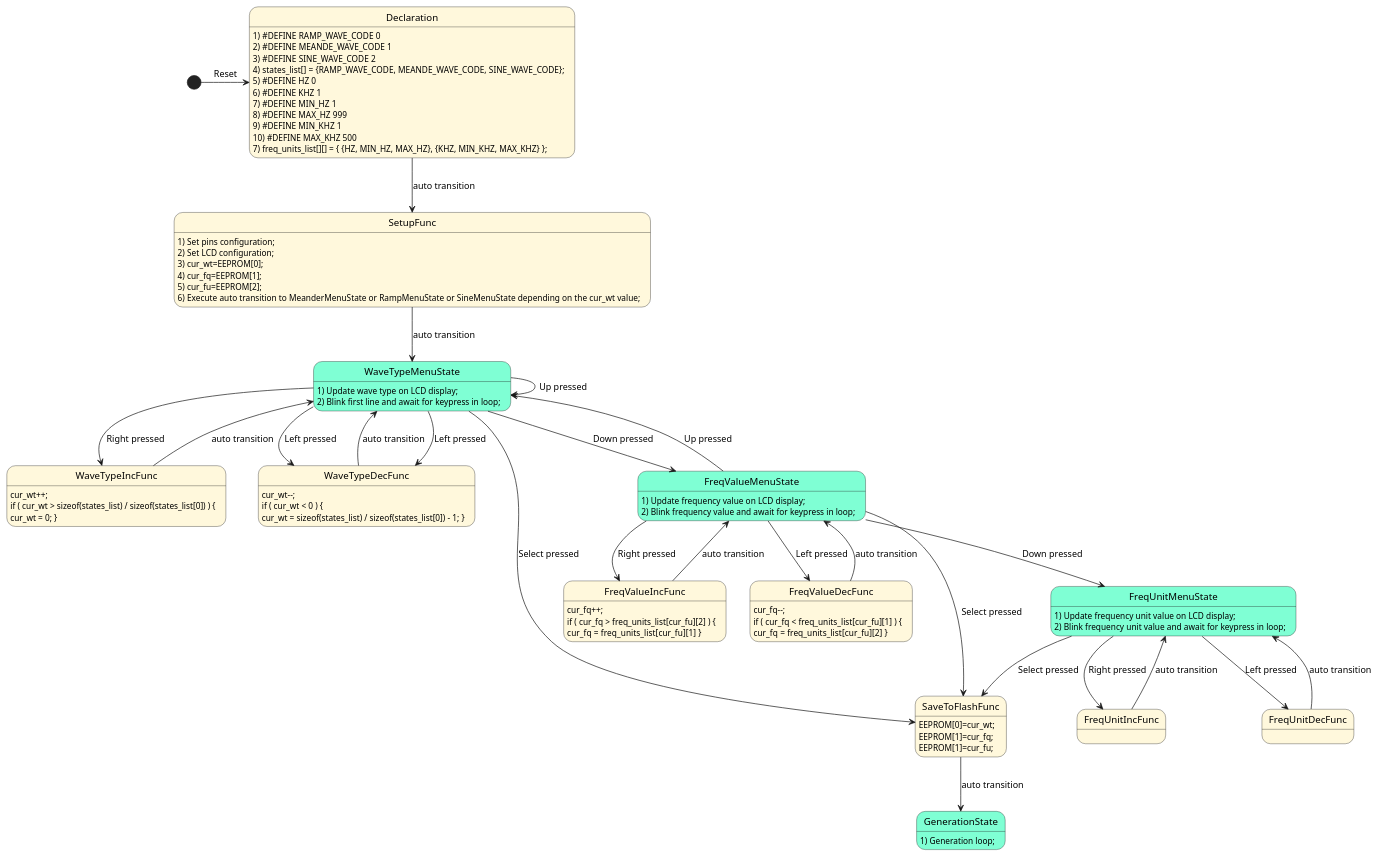
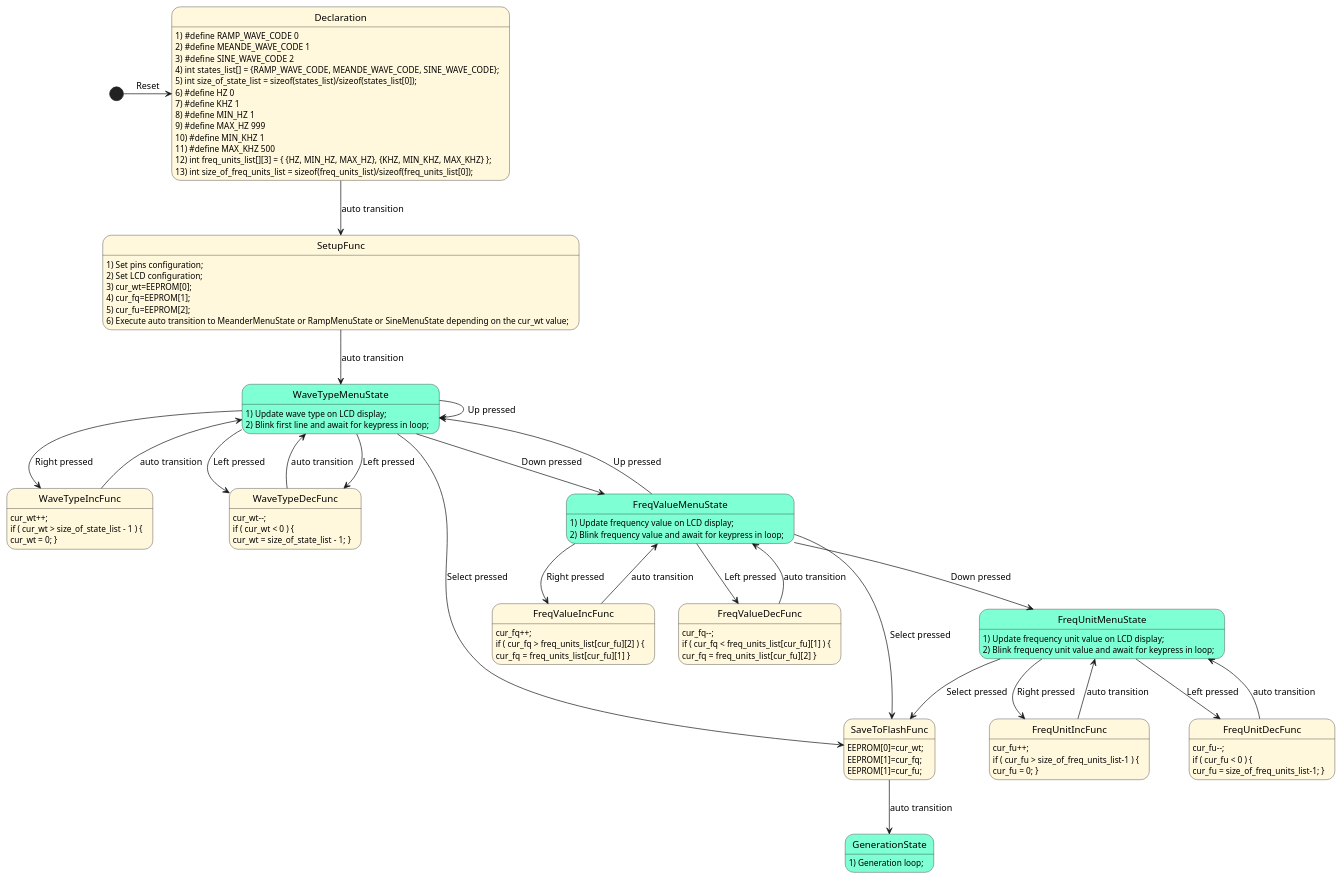
The diagram in ProjectFSM.puml (borshec/SignalGenerator), drawn with PlantUML before and after one commit. The commit also changed 1 other file, not shown here.

```diff
--- a/ProjectFSM.puml
+++ b/ProjectFSM.puml
@@ -1,110 +1,118 @@
 @startuml
 
 ' Установка цветов для состояний. <<Warning>> - псевдосостояние с желтым фоном, 
 skinparam state {
   BackgroundColor  Aquamarine
   BackgroundColor<<Warning>> Cornsilk
 }
 
 ' Объявление псевдосостояний
 state Declaration <<Warning>>
 state SetupFunc <<Warning>>
 state WaveTypeIncFunc <<Warning>>
 state WaveTypeDecFunc <<Warning>>
 state FreqValueIncFunc <<Warning>>
 state FreqValueDecFunc <<Warning>>
 state FreqUnitIncFunc <<Warning>>
 state FreqUnitDecFunc <<Warning>>
 state SaveToFlashFunc <<Warning>>
 
 [*] -right-> Declaration: Reset
 
 ' Описание и переходы от Declaration
-Declaration : 1) #DEFINE RAMP_WAVE_CODE 0
-Declaration : 2) #DEFINE MEANDE_WAVE_CODE 1
-Declaration : 3) #DEFINE SINE_WAVE_CODE 2
-Declaration : 4) states_list[] = {RAMP_WAVE_CODE, MEANDE_WAVE_CODE, SINE_WAVE_CODE}; 
-Declaration : 5) #DEFINE HZ 0
-Declaration : 6) #DEFINE KHZ 1
-Declaration : 7) #DEFINE MIN_HZ 1
-Declaration : 8) #DEFINE MAX_HZ 999
-Declaration : 9) #DEFINE MIN_KHZ 1
-Declaration : 10) #DEFINE MAX_KHZ 500
-Declaration : 7) freq_units_list[][] = { {HZ, MIN_HZ, MAX_HZ}, {KHZ, MIN_KHZ, MAX_KHZ} }; 
+Declaration : 1) #define RAMP_WAVE_CODE 0
+Declaration : 2) #define MEANDE_WAVE_CODE 1
+Declaration : 3) #define SINE_WAVE_CODE 2
+Declaration : 4) int states_list[] = {RAMP_WAVE_CODE, MEANDE_WAVE_CODE, SINE_WAVE_CODE};
+Declaration : 5) int size_of_state_list = sizeof(states_list)/sizeof(states_list[0]);
+Declaration : 6) #define HZ 0
+Declaration : 7) #define KHZ 1
+Declaration : 8) #define MIN_HZ 1
+Declaration : 9) #define MAX_HZ 999
+Declaration : 10) #define MIN_KHZ 1
+Declaration : 11) #define MAX_KHZ 500
+Declaration : 12) int freq_units_list[][3] = { {HZ, MIN_HZ, MAX_HZ}, {KHZ, MIN_KHZ, MAX_KHZ} };
+Declaration : 13) int size_of_freq_units_list = sizeof(freq_units_list)/sizeof(freq_units_list[0]);
 Declaration --> SetupFunc: auto transition
 
 ' Описание и переходы от SetupFunc
 SetupFunc : 1) Set pins configuration;
 SetupFunc : 2) Set LCD configuration;
 SetupFunc : 3) cur_wt=EEPROM[0];
 SetupFunc : 4) cur_fq=EEPROM[1];
 SetupFunc : 5) cur_fu=EEPROM[2];
 SetupFunc : 6) Execute auto transition to MeanderMenuState or RampMenuState or SineMenuState depending on the cur_wt value;
 SetupFunc --> WaveTypeMenuState: auto transition
 
 ' Описание WaveTypeMenuState и переходы от него
 WaveTypeMenuState : 1) Update wave type on LCD display;
 WaveTypeMenuState : 2) Blink first line and await for keypress in loop;
 WaveTypeMenuState --> WaveTypeIncFunc: Right pressed
 WaveTypeMenuState --> WaveTypeDecFunc: Left pressed
 WaveTypeMenuState --> WaveTypeMenuState: Up pressed
 WaveTypeMenuState --> WaveTypeDecFunc: Left pressed
 WaveTypeMenuState --> FreqValueMenuState: Down pressed
 WaveTypeMenuState --> SaveToFlashFunc: Select pressed
 
 ' Описание WaveTypeIncFunc и переходы от него
 WaveTypeIncFunc : cur_wt++;
-WaveTypeIncFunc : if ( cur_wt > sizeof(states_list) / sizeof(states_list[0]) ) {
+WaveTypeIncFunc : if ( cur_wt > size_of_state_list - 1 ) {
 WaveTypeIncFunc : cur_wt = 0; }
 WaveTypeIncFunc --> WaveTypeMenuState: auto transition
 
 ' Описание WaveTypeDecFunc и переходы от него
 WaveTypeDecFunc : cur_wt--;
 WaveTypeDecFunc : if ( cur_wt < 0 ) {
-WaveTypeDecFunc : cur_wt = sizeof(states_list) / sizeof(states_list[0]) - 1; }
+WaveTypeDecFunc : cur_wt = size_of_state_list - 1; }
 WaveTypeDecFunc --> WaveTypeMenuState: auto transition
 
 ' Описание FreqValueMenuState и переходы от него
 FreqValueMenuState : 1) Update frequency value on LCD display;
 FreqValueMenuState : 2) Blink frequency value and await for keypress in loop;
 FreqValueMenuState --> WaveTypeMenuState: Up pressed
 FreqValueMenuState --> FreqUnitMenuState: Down pressed
 FreqValueMenuState --> FreqValueIncFunc: Right pressed
 FreqValueMenuState --> FreqValueDecFunc: Left pressed
 FreqValueMenuState --> SaveToFlashFunc: Select pressed
 
 ' Описание FreqValueIncFunc и переходы от него
 FreqValueIncFunc : cur_fq++;
 FreqValueIncFunc : if ( cur_fq > freq_units_list[cur_fu][2] ) {
 FreqValueIncFunc : cur_fq = freq_units_list[cur_fu][1]  }
 FreqValueIncFunc --> FreqValueMenuState: auto transition
 
 ' Описание FreqValueDecFunc и переходы от него
 FreqValueDecFunc : cur_fq--;
 FreqValueDecFunc : if ( cur_fq < freq_units_list[cur_fu][1] ) {
 FreqValueDecFunc : cur_fq = freq_units_list[cur_fu][2]  }
 FreqValueDecFunc --> FreqValueMenuState: auto transition
 
 ' Описание FreqUnitMenuState и переходы от него
 FreqUnitMenuState : 1) Update frequency unit value on LCD display;
 FreqUnitMenuState : 2) Blink frequency unit value and await for keypress in loop;
 FreqUnitMenuState --> SaveToFlashFunc: Select pressed
 FreqUnitMenuState --> FreqUnitIncFunc: Right pressed
 FreqUnitMenuState --> FreqUnitDecFunc: Left pressed
 
 ' Описание FreqUnitIncFunc и переходы от него
+FreqUnitIncFunc : cur_fu++;
+FreqUnitIncFunc : if ( cur_fu > size_of_freq_units_list-1 ) {
+FreqUnitIncFunc : cur_fu = 0; }
 FreqUnitIncFunc --> FreqUnitMenuState: auto transition
 
 ' Описание FreqUnitDecFunc и переходы от него
+FreqUnitDecFunc : cur_fu--;
+FreqUnitDecFunc : if ( cur_fu < 0 ) {
+FreqUnitDecFunc : cur_fu = size_of_freq_units_list-1; }
 FreqUnitDecFunc --> FreqUnitMenuState: auto transition
 
 ' Описание SaveToFlashFunc и переходы от него
 SaveToFlashFunc : EEPROM[0]=cur_wt;
 SaveToFlashFunc : EEPROM[1]=cur_fq;
 SaveToFlashFunc : EEPROM[1]=cur_fu;
 SaveToFlashFunc --> GenerationState: auto transition
 
 ' Описание GenerationState и переходы от него
 GenerationState : 1) Generation loop;
 
 @enduml
```
